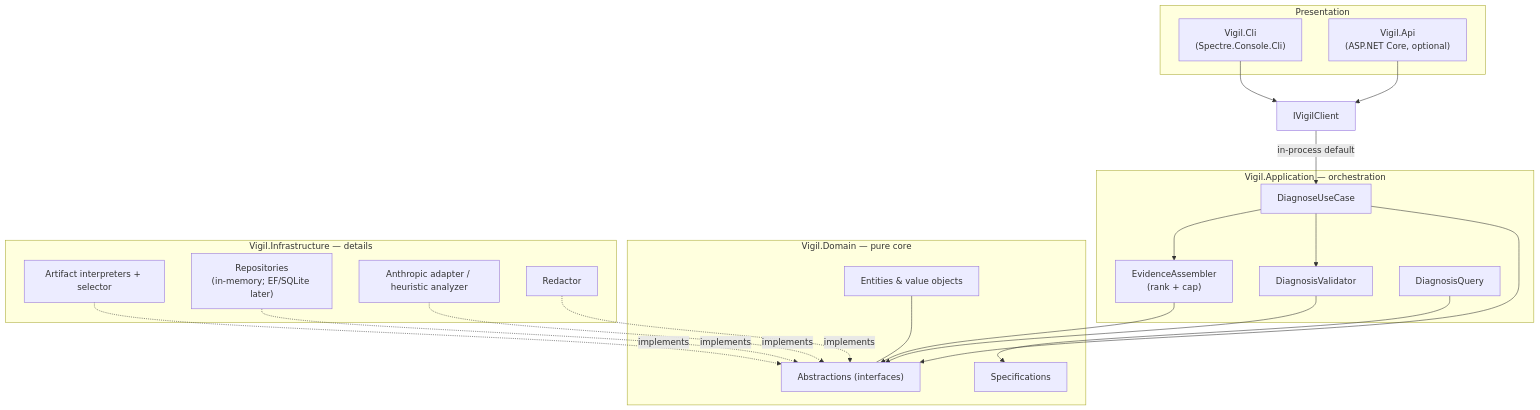
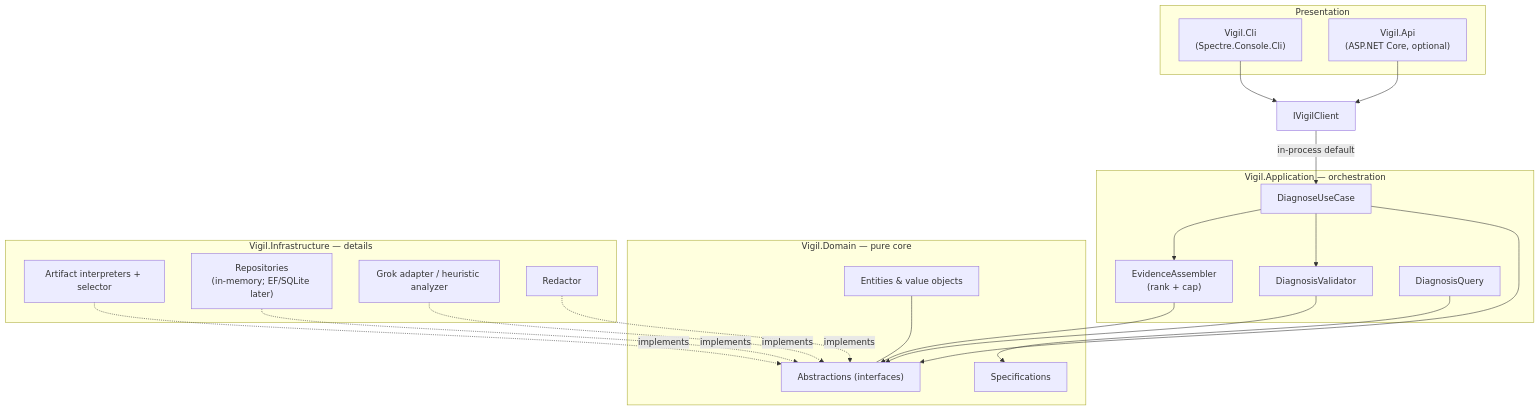
The first of 9 diagrams in Docs/Vigil-Architecture-Diagrams-Mermaid.md (IsaacSimms/Vigil), drawn with Mermaid before and after one commit. The commit also changed other lines of this file and 2 other files, not shown here.

Commit message:
Update documentation to replace references from Anthropic to OpenAI and Grok adapter

````diff
--- a/Docs/Vigil-Architecture-Diagrams-Mermaid.md
+++ b/Docs/Vigil-Architecture-Diagrams-Mermaid.md
@@ -16,39 +16,39 @@
 ```mermaid
 flowchart TD
     subgraph PRES["Presentation"]
         CLI["Vigil.Cli<br/>(Spectre.Console.Cli)"]
         API["Vigil.Api<br/>(ASP.NET Core, optional)"]
     end
     subgraph APP["Vigil.Application — orchestration"]
         UC["DiagnoseUseCase"]
         ASM["EvidenceAssembler<br/>(rank + cap)"]
         VAL["DiagnosisValidator"]
         QRY["DiagnosisQuery"]
     end
     subgraph DOM["Vigil.Domain — pure core"]
         ENT["Entities & value objects"]
         ABS["Abstractions (interfaces)"]
         SPEC["Specifications"]
     end
     subgraph INFRA["Vigil.Infrastructure — details"]
         INT["Artifact interpreters + selector"]
         REPO["Repositories<br/>(in-memory; EF/SQLite later)"]
-        AI["Anthropic adapter / heuristic analyzer"]
+        AI["Grok adapter / heuristic analyzer"]
         RED["Redactor"]
     end
 
     CLI --> CLIENT["IVigilClient"]
     API --> CLIENT
     CLIENT -->|in-process default| UC
     UC --> ASM
     UC --> VAL
     UC --> ABS
     ASM --> ABS
     VAL --> ABS
     QRY --> SPEC
     INT -.implements.-> ABS
     REPO -.implements.-> ABS
     AI -.implements.-> ABS
     RED -.implements.-> ABS
     ENT --- ABS
 ```
````
